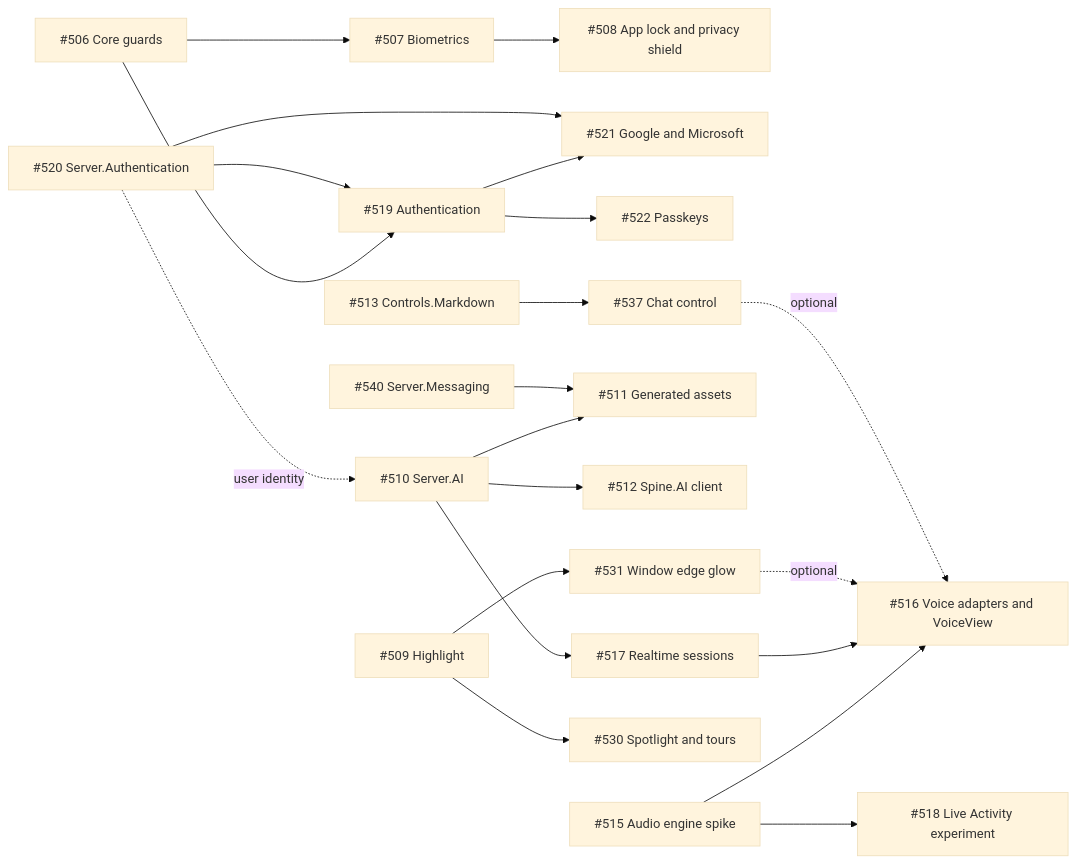
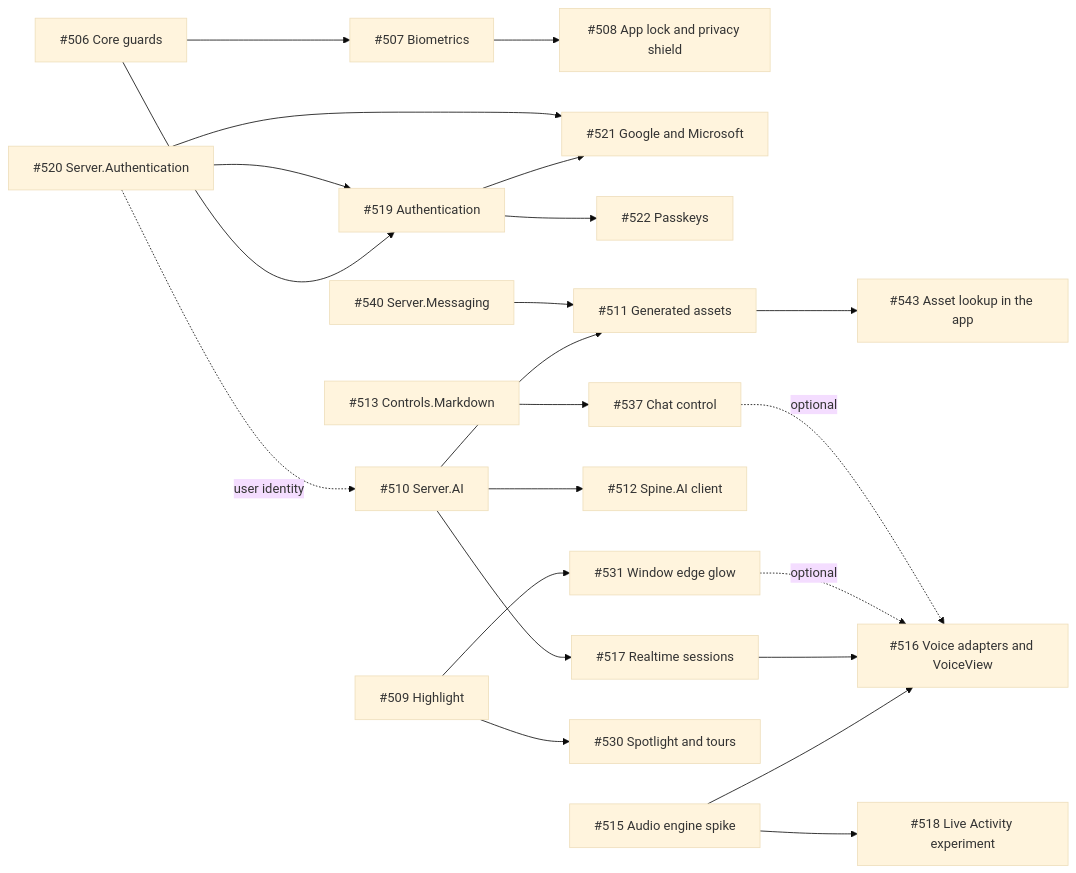
The diagram in docs/plans/ai-and-security.md (jonatansoderberg/Maui.Spine), drawn with Mermaid (base theme) before and after one commit. The commit also changed other lines of this file and 35 other files, not shown here.

````diff
--- a/docs/plans/ai-and-security.md
+++ b/docs/plans/ai-and-security.md
@@ -63,23 +64,24 @@
 ```mermaid
 graph LR
   G[#506 Core guards] --> BIO[#507 Biometrics]
   BIO --> LOCK[#508 App lock and privacy shield]
   G --> AUTH[#519 Authentication]
   SA[#520 Server.Authentication] --> AUTH
   AUTH --> GM[#521 Google and Microsoft]
   SA --> GM
   AUTH --> PK[#522 Passkeys]
   MD[#513 Controls.Markdown] --> CHAT
   AI[#510 Server.AI] --> ASSET[#511 Generated assets]
   MSG[#540 Server.Messaging] --> ASSET
+  ASSET --> ASSETC[#543 Asset lookup in the app]
   AI --> CL[#512 Spine.AI client]
   AI --> RT[#517 Realtime sessions]
   VE[#515 Audio engine spike] --> VO[#516 Voice adapters and VoiceView]
   RT --> VO
   VE --> LA[#518 Live Activity experiment]
   HL[#509 Highlight] --> SPOT[#530 Spotlight and tours]
   HL --> EDGE[#531 Window edge glow]
   EDGE -.optional.-> VO
   CHAT[#537 Chat control] -.optional.-> VO
   SA -.user identity.-> AI
 ```
````
